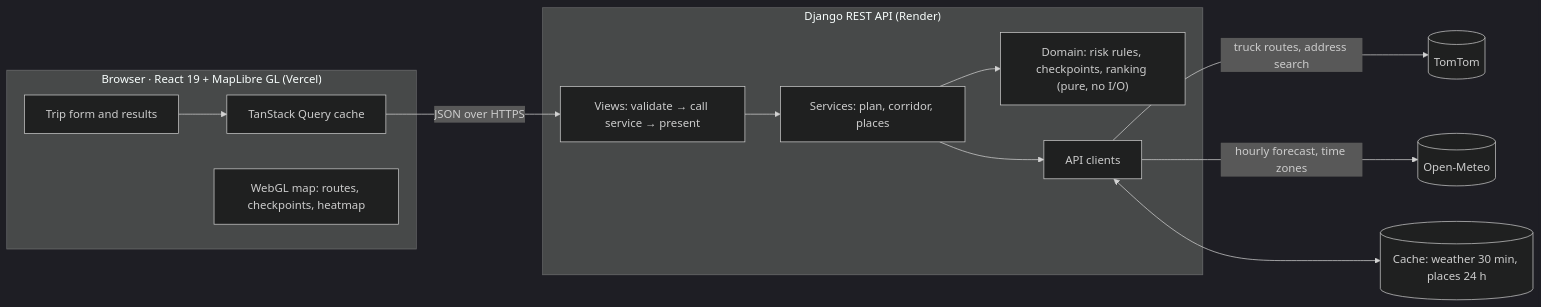
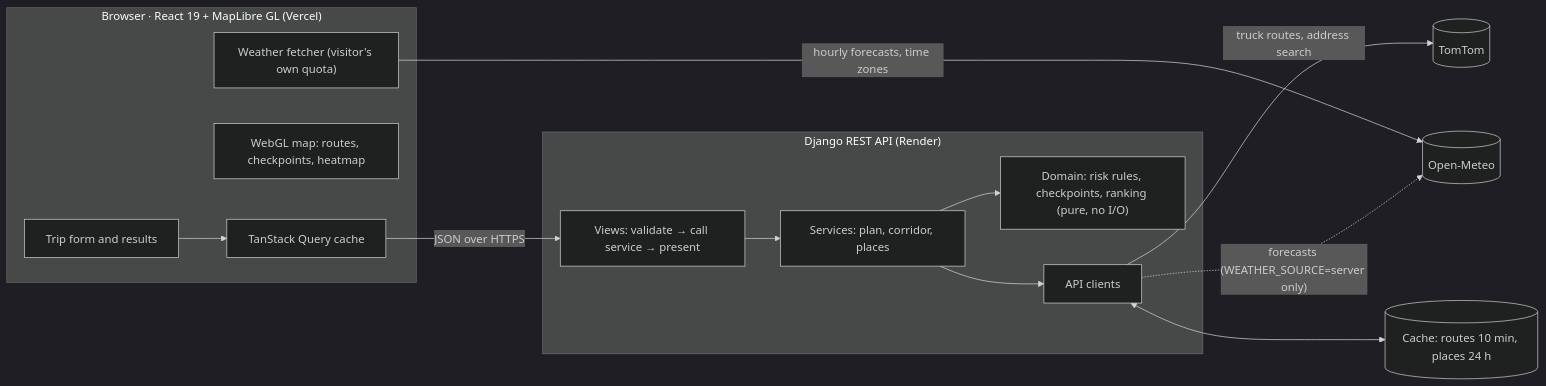
One commit to Hammad7106/Weather-Aware-Truck-Routing changed the first of 2 diagrams in README.md. Above: the diagram before and after it, drawn with Mermaid (dark theme). The commit also changed other lines of this file and 23 other files, not shown here.

Commit message:
feat(weather): fetch forecasts in the browser so the hosted API is independent of shared-IP quotas

````diff
--- a/README.md
+++ b/README.md
@@ -78,16 +78,18 @@
 ```mermaid
 flowchart LR
   subgraph Browser["Browser · React 19 + MapLibre GL (Vercel)"]
     UI["Trip form and results"] --> Q["TanStack Query cache"]
     MAP["WebGL map: routes, checkpoints, heatmap"]
+    W["Weather fetcher (visitor's own quota)"]
   end
   Q -- "JSON over HTTPS" --> V
+  W -- "hourly forecasts, time zones" --> OM
   subgraph API["Django REST API (Render)"]
     V["Views: validate → call service → present"] --> S["Services: plan, corridor, places"]
     S --> D["Domain: risk rules, checkpoints, ranking (pure, no I/O)"]
     S --> C["API clients"]
   end
   C -- "truck routes, address search" --> TT[("TomTom")]
-  C -- "hourly forecast, time zones" --> OM[("Open-Meteo")]
-  C <--> K[("Cache: weather 30 min, places 24 h")]
+  C -. "forecasts (WEATHER_SOURCE=server only)" .-> OM[("Open-Meteo")]
+  C <--> K[("Cache: routes 10 min, places 24 h")]
 ```
````
